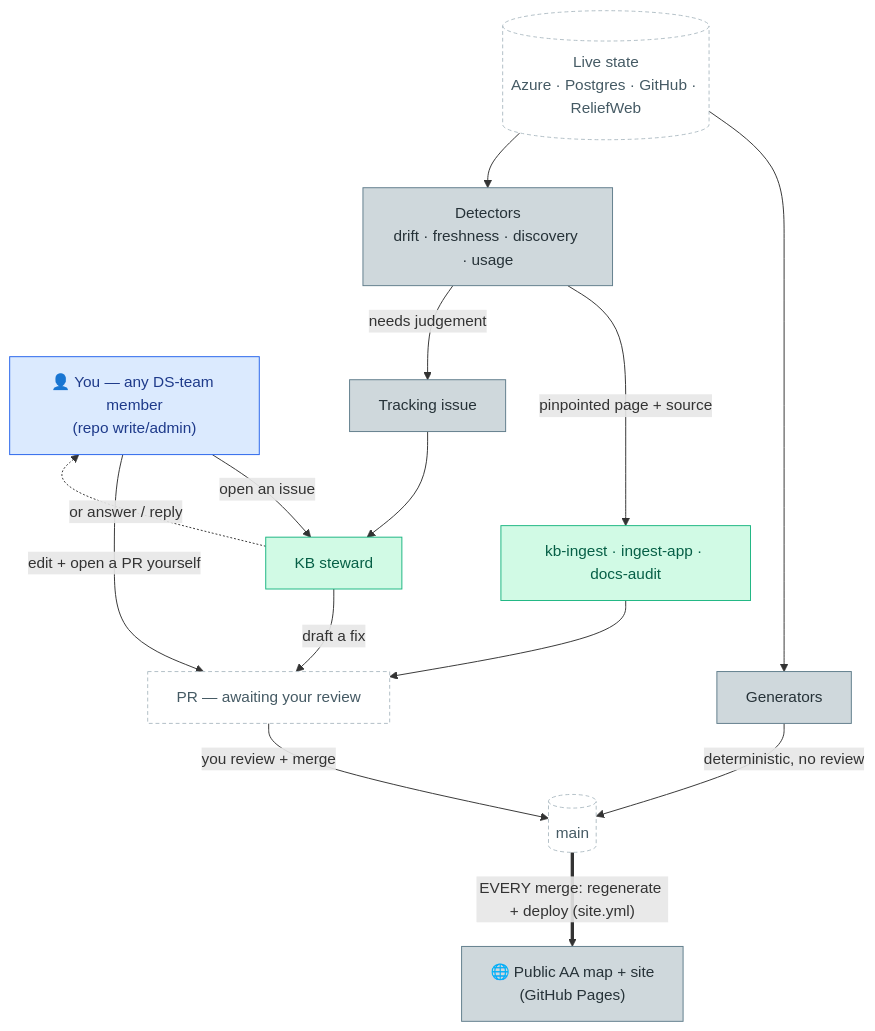
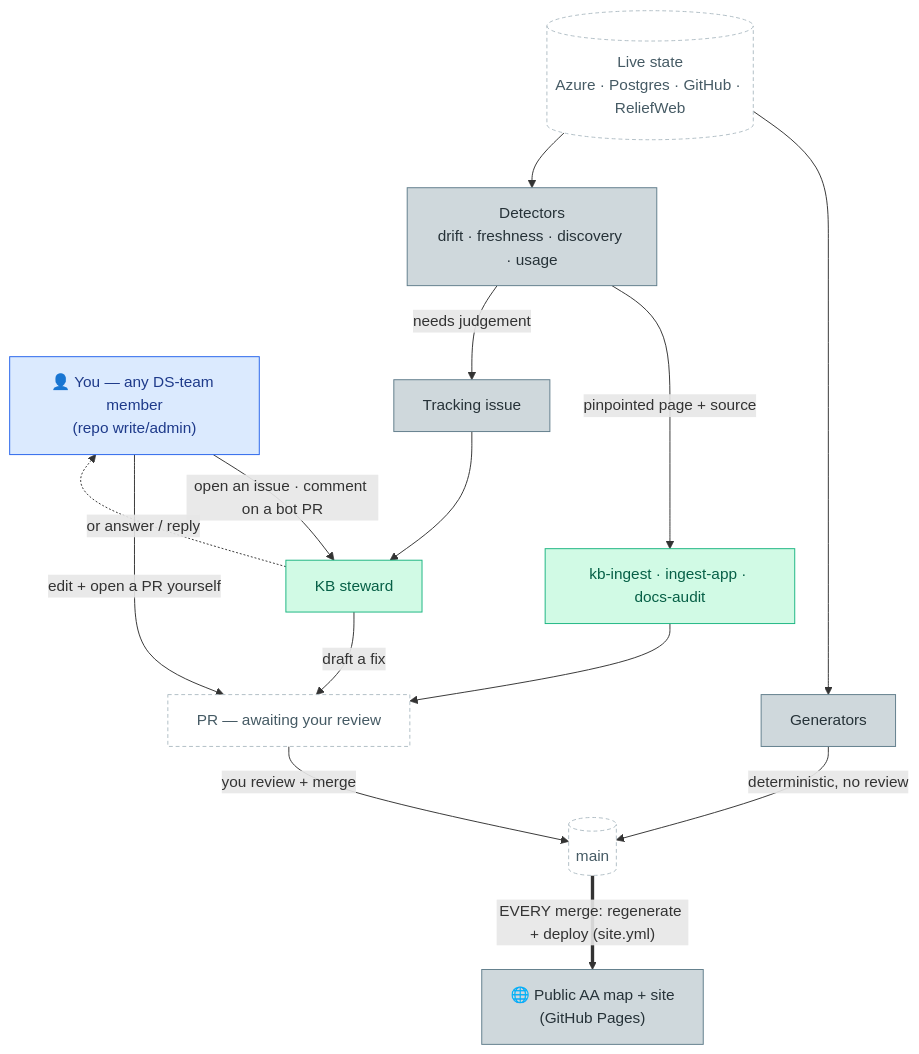
Before and after one commit to OCHA-DAP/ds-knowledge-base: the diagram in infrastructure/automation.md, drawn with Mermaid. The commit also changed other lines of this file and 3 other files, not shown here.

````diff
--- a/infrastructure/automation.md
+++ b/infrastructure/automation.md
@@ -26,31 +26,31 @@
 ```mermaid
 flowchart TD
   H["👤 You — any DS-team member<br/>(repo write/admin)"]:::human
   Src[("Live state<br/>Azure · Postgres · GitHub · ReliefWeb")]:::data
 
   Gen["Generators"]:::mech
   Det["Detectors<br/>drift · freshness · discovery · usage"]:::mech
   Iss["Tracking issue"]:::mech
 
   Stew["KB steward"]:::stew
   Ing["kb-ingest · ingest-app · docs-audit"]:::stew
   PR["PR — awaiting your review"]:::data
   Main[("main")]:::data
   Site["🌐 Public AA map + site<br/>(GitHub Pages)"]:::mech
 
-  H -->|"open an issue"| Stew
+  H -->|"open an issue · comment on a bot PR"| Stew
   H -->|"edit + open a PR yourself"| PR
   Src --> Gen -->|"deterministic, no review"| Main
   Src --> Det
   Det -->|"pinpointed page + source"| Ing --> PR
   Det -->|"needs judgement"| Iss --> Stew
   Stew -->|"draft a fix"| PR
   Stew -.->|"or answer / reply"| H
   PR -->|"you review + merge"| Main
   Main ==>|"EVERY merge: regenerate + deploy (site.yml)"| Site
 
   classDef human fill:#dbeafe,stroke:#2563eb,color:#1e3a8a
   classDef stew  fill:#d1fae5,stroke:#1BB581,color:#065f46
   classDef mech  fill:#cfd8dc,stroke:#607d8b,color:#263238
   classDef data  fill:#ffffff,stroke:#b0bec5,color:#455a64,stroke-dasharray:4 3
 ```
````
